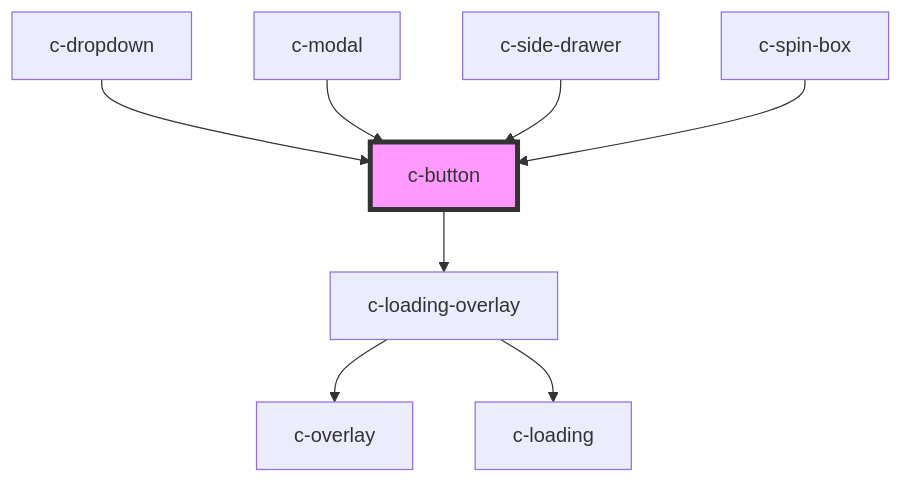
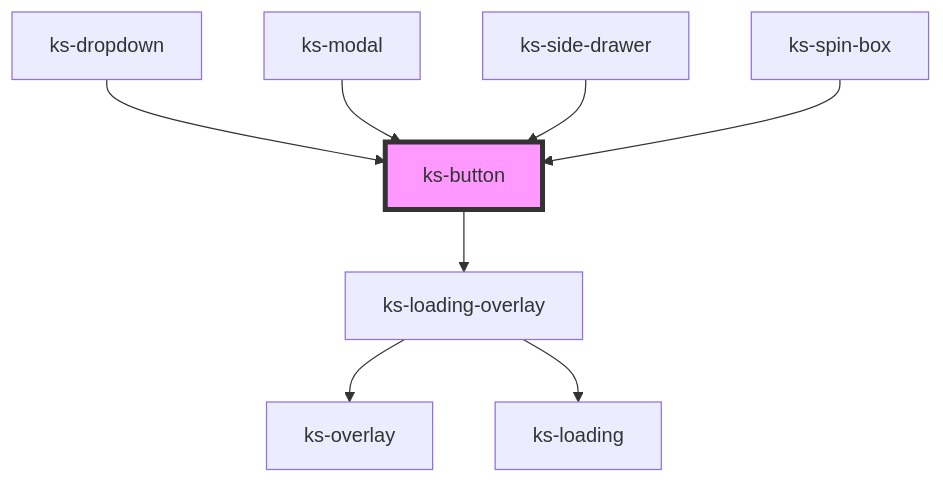
Before and after one commit to kickstand-ui/kickstand-ui: the diagram in src/scripts/components/button/readme.md, drawn with Mermaid. The commit also changed other lines of this file and 49 other files, not shown here.

````diff
--- a/src/scripts/components/button/readme.md
+++ b/src/scripts/components/button/readme.md
@@ -44,11 +44,11 @@
 ```mermaid
 graph TD;
-  c-button --> c-loading-overlay
-  c-loading-overlay --> c-overlay
-  c-loading-overlay --> c-loading
-  c-dropdown --> c-button
-  c-modal --> c-button
-  c-side-drawer --> c-button
-  c-spin-box --> c-button
-  style c-button fill:#f9f,stroke:#333,stroke-width:4px
+  ks-button --> ks-loading-overlay
+  ks-loading-overlay --> ks-overlay
+  ks-loading-overlay --> ks-loading
+  ks-dropdown --> ks-button
+  ks-modal --> ks-button
+  ks-side-drawer --> ks-button
+  ks-spin-box --> ks-button
+  style ks-button fill:#f9f,stroke:#333,stroke-width:4px
 ```
````
